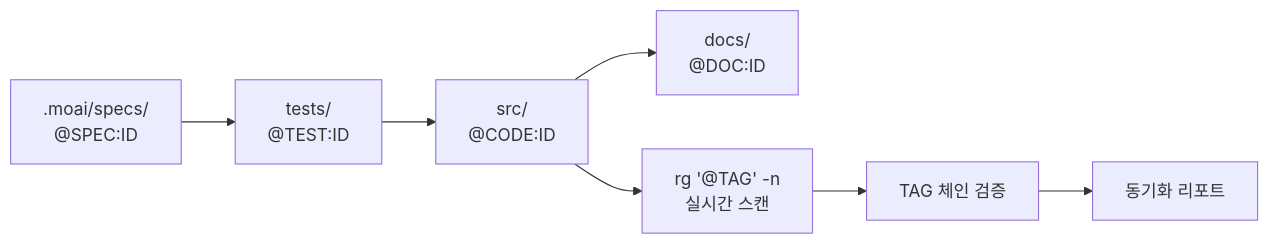
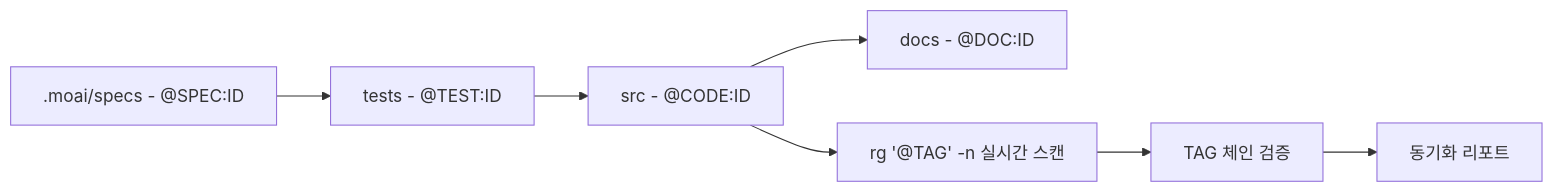
One commit to modu-ai/moai-adk changed the first of 4 diagrams in docs/guide/tag-system.md. Above: the diagram before and after it, drawn with Mermaid. The commit also changed other lines of this file and 447 other files, not shown here.

````diff
--- a/docs/guide/tag-system.md
+++ b/docs/guide/tag-system.md
@@ -11,10 +11,10 @@
 ```mermaid
 graph LR
-    SPEC[".moai/specs/<br/>@SPEC:ID"] --> TEST["tests/<br/>@TEST:ID"]
-    TEST --> CODE["src/<br/>@CODE:ID"]
-    CODE --> DOC["docs/<br/>@DOC:ID"]
-    CODE --> SCAN["rg '@TAG' -n<br/>실시간 스캔"]
+    SPEC[".moai/specs - @SPEC:ID"] --> TEST["tests - @TEST:ID"]
+    TEST --> CODE["src - @CODE:ID"]
+    CODE --> DOC["docs - @DOC:ID"]
+    CODE --> SCAN["rg '@TAG' -n 실시간 스캔"]
     SCAN --> VERIFY["TAG 체인 검증"]
     VERIFY --> REPORT["동기화 리포트"]
 
 ```
````
